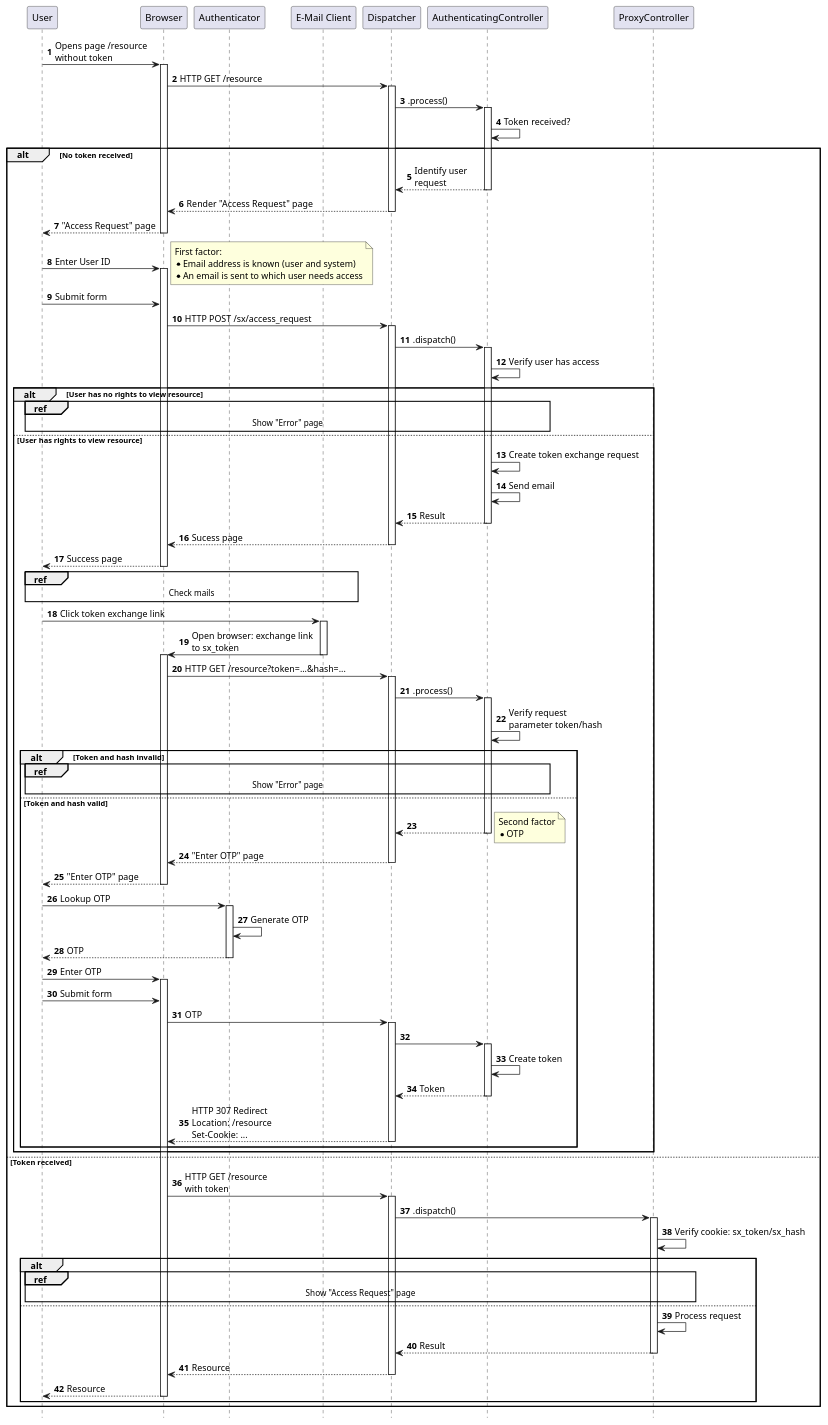
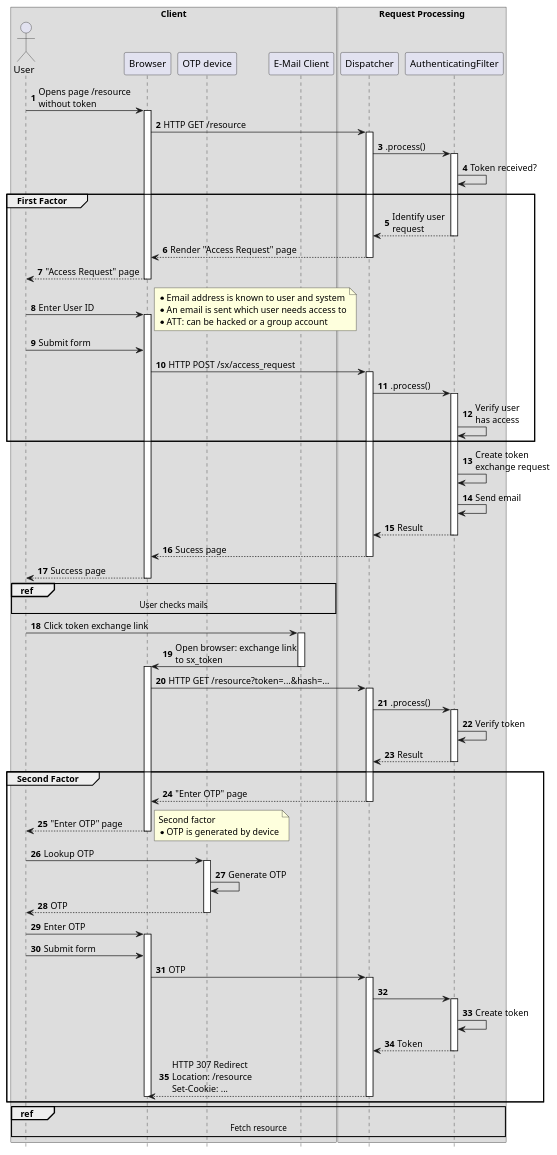
One commit to rbe/LittleWeb changed the diagram in docs/Access_Request.puml. Above: the diagram before and after it, drawn with PlantUML. The commit also changed 1 other file, not shown here.

```diff
--- a/docs/Access_Request.puml
+++ b/docs/Access_Request.puml
@@ -1,83 +1,70 @@
 @startuml
 
 autonumber
 hide footbox
 
-participant "User" as User
+box Client
+actor "User" as User
 participant "Browser" as Browser
-participant "Authenticator" as Authenticator
+participant "OTP device" as OtpDevice
 participant "E-Mail Client" as EmailClient
+end box
+box Request Processing
 participant "Dispatcher" as Dispatcher
-participant "AuthenticatingController" as AuthController
-participant "ProxyController" as ProxyController
+participant "AuthenticatingFilter" as AuthFilter
+end box
 
 User -> Browser ++ : Opens page /resource\nwithout token
 Browser -> Dispatcher ++ : HTTP GET /resource
-Dispatcher -> AuthController ++ : .process()
-AuthController -> AuthController : Token received?
-alt No token received
-    Dispatcher <-- AuthController -- : Identify user\nrequest
+Dispatcher -> AuthFilter ++ : .process()
+AuthFilter -> AuthFilter : Token received?
+group First Factor
+    Dispatcher <-- AuthFilter -- : Identify user\nrequest
     Browser <-- Dispatcher -- : Render "Access Request" page
     User <-- Browser -- : "Access Request" page
     User -> Browser ++ : Enter User ID
     note right
-    First factor:
-    * Email address is known (user and system)
-    * An email is sent to which user needs access
+    * Email address is known to user and system
+    * An email is sent which user needs access to
+    * ATT: can be hacked or a group account
     end note
     User -> Browser : Submit form
     Browser -> Dispatcher ++ : HTTP POST /sx/access_request
-    Dispatcher -> AuthController ++ : .dispatch()
-    AuthController -> AuthController : Verify user has access
-    alt User has no rights to view resource
-        ref over User, AuthController : Show "Error" page
-    else User has rights to view resource
-        AuthController -> AuthController : Create token exchange request
-        AuthController -> AuthController : Send email
-        Dispatcher <-- AuthController -- : Result
-        Browser <-- Dispatcher -- : Sucess page
-        User <-- Browser -- : Success page
-        ref over User, EmailClient : Check mails
-        User -> EmailClient ++ : Click token exchange link
-        EmailClient -> Browser -- : Open browser: exchange link\nto sx_token
-        Browser ++
-        Browser -> Dispatcher ++ : HTTP GET /resource?token=...&hash=...
-        Dispatcher -> AuthController ++ : .process()
-        AuthController -> AuthController : Verify request\nparameter token/hash
-        alt Token and hash invalid
-            ref over User, AuthController : Show "Error" page
-        else Token and hash valid
-            Dispatcher <-- AuthController --
-            note right
-            Second factor
-            * OTP
-            end note
-            Browser <-- Dispatcher -- : "Enter OTP" page
-            User <-- Browser -- : "Enter OTP" page
-            User -> Authenticator ++ : Lookup OTP
-            Authenticator -> Authenticator : Generate OTP
-            User <-- Authenticator -- : OTP
-            User -> Browser ++ : Enter OTP
-            User -> Browser : Submit form
-            Browser -> Dispatcher ++ : OTP
-            Dispatcher -> AuthController ++
-            AuthController -> AuthController : Create token
-            Dispatcher <-- AuthController -- : Token
-            Browser <-- Dispatcher -- : HTTP 307 Redirect\nLocation: /resource\nSet-Cookie: ...
-        end
-    end
-else Token received
-    Browser -> Dispatcher ++ : HTTP GET /resource\nwith token
-    Dispatcher -> ProxyController ++ : .dispatch()
-    ProxyController -> ProxyController : Verify cookie: sx_token/sx_hash
-    alt
-        ref over User, ProxyController : Show "Access Request" page
-    else
-        ProxyController -> ProxyController : Process request
-        Dispatcher <-- ProxyController -- : Result
-        Browser <-- Dispatcher -- : Resource
-        User <-- Browser -- : Resource
-    end
-end
+    Dispatcher -> AuthFilter ++ : .process()
+    AuthFilter -> AuthFilter : Verify user\nhas access
+end group
+AuthFilter -> AuthFilter : Create token\nexchange request
+AuthFilter -> AuthFilter : Send email
+Dispatcher <-- AuthFilter -- : Result
+Browser <-- Dispatcher -- : Sucess page
+User <-- Browser -- : Success page
+ref over User, EmailClient : User checks mails
+User -> EmailClient ++ : Click token exchange link
+EmailClient -> Browser -- : Open browser: exchange link\nto sx_token
+Browser ++
+Browser -> Dispatcher ++ : HTTP GET /resource?token=...&hash=...
+Dispatcher -> AuthFilter ++ : .process()
+AuthFilter -> AuthFilter : Verify token
+Dispatcher <-- AuthFilter -- : Result
+group Second Factor
+    Browser <-- Dispatcher -- : "Enter OTP" page
+    User <-- Browser -- : "Enter OTP" page
+    note right
+    Second factor
+    * OTP is generated by device
+    end note
+    User -> OtpDevice ++ : Lookup OTP
+    OtpDevice -> OtpDevice : Generate OTP
+    User <-- OtpDevice -- : OTP
+    User -> Browser ++ : Enter OTP
+    User -> Browser : Submit form
+    Browser -> Dispatcher ++ : OTP
+    Dispatcher -> AuthFilter ++
+    AuthFilter -> AuthFilter : Create token
+    Dispatcher <-- AuthFilter -- : Token
+    Browser <-- Dispatcher -- : HTTP 307 Redirect\nLocation: /resource\nSet-Cookie: ...
+    Browser --
+end group
+ref over User, AuthFilter : Fetch resource
 
 @enduml
```
